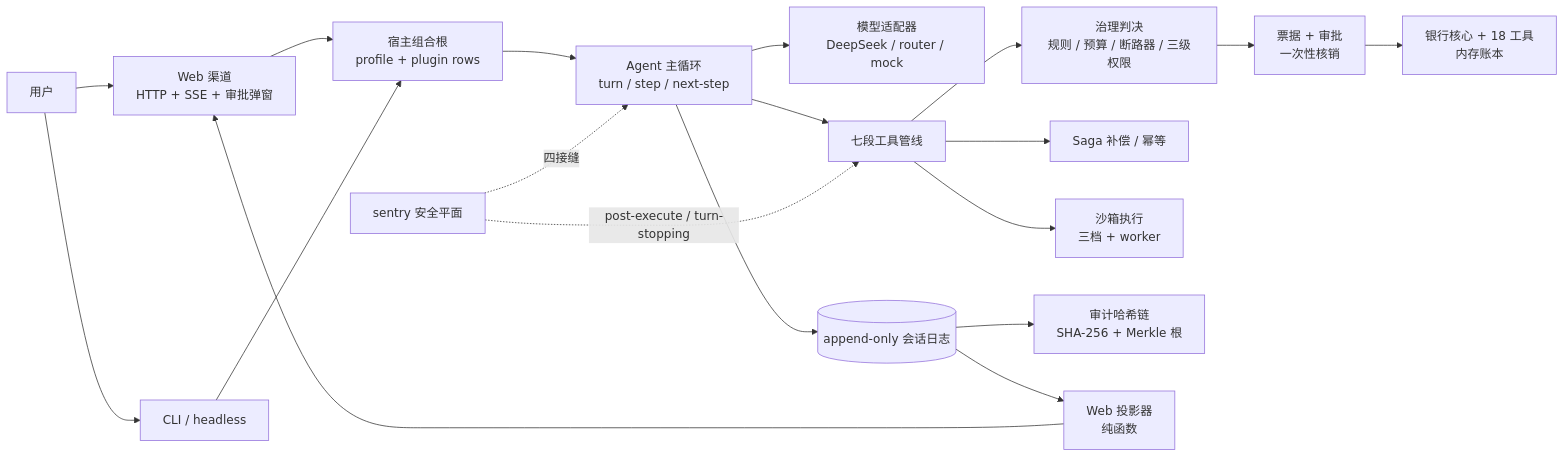
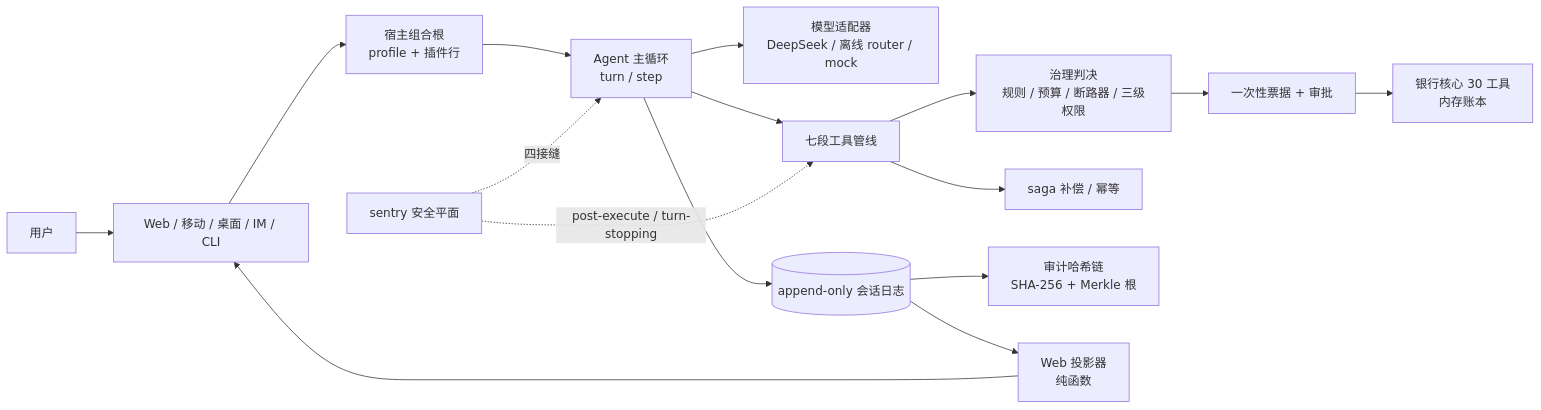
Before and after one commit to YYYPROBEE/BAH: the diagram in README.md, drawn with Mermaid. The commit also changed other lines of this file and 8 other files, not shown here.

````diff
--- a/README.md
+++ b/README.md
@@ -78,21 +51,18 @@
 ```mermaid
 flowchart LR
-  U[用户] --> W[Web 渠道<br/>HTTP + SSE + 审批弹窗]
-  U --> C[CLI / headless]
-  W --> H[宿主组合根<br/>profile + plugin rows]
-  C --> H
-  H --> A[Agent 主循环<br/>turn / step / next-step]
-  A --> L[模型适配器<br/>DeepSeek / router / mock]
+  U[用户] --> W[Web / 移动 / 桌面 / IM / CLI]
+  W --> H[宿主组合根<br/>profile + 插件行]
+  H --> A[Agent 主循环<br/>turn / step]
+  A --> L[模型适配器<br/>DeepSeek / 离线 router / mock]
   A --> P[七段工具管线]
   P --> G[治理判决<br/>规则 / 预算 / 断路器 / 三级权限]
-  G --> T[票据 + 审批<br/>一次性核销]
-  T --> B[银行核心 + 18 工具<br/>内存账本]
-  P --> SG[Saga 补偿 / 幂等]
-  P --> SB[沙箱执行<br/>三档 + worker]
+  G --> T[一次性票据 + 审批]
+  T --> B[银行核心 30 工具<br/>内存账本]
+  P --> SG[saga 补偿 / 幂等]
   A --> J[(append-only 会话日志)]
   J --> AU[审计哈希链<br/>SHA-256 + Merkle 根]
   J --> PR[Web 投影器<br/>纯函数]
   PR --> W
   S[sentry 安全平面] -. 四接缝 .-> A
   S -. post-execute / turn-stopping .-> P
 ```
````
